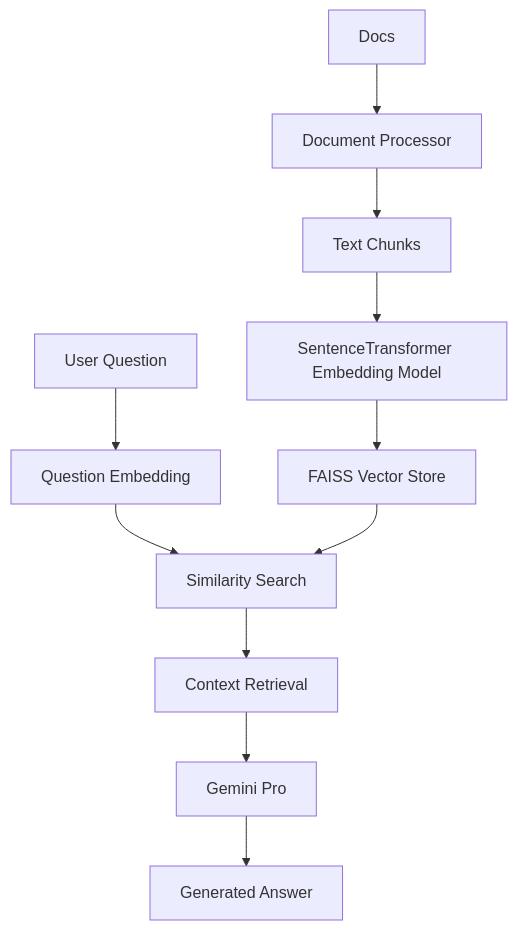
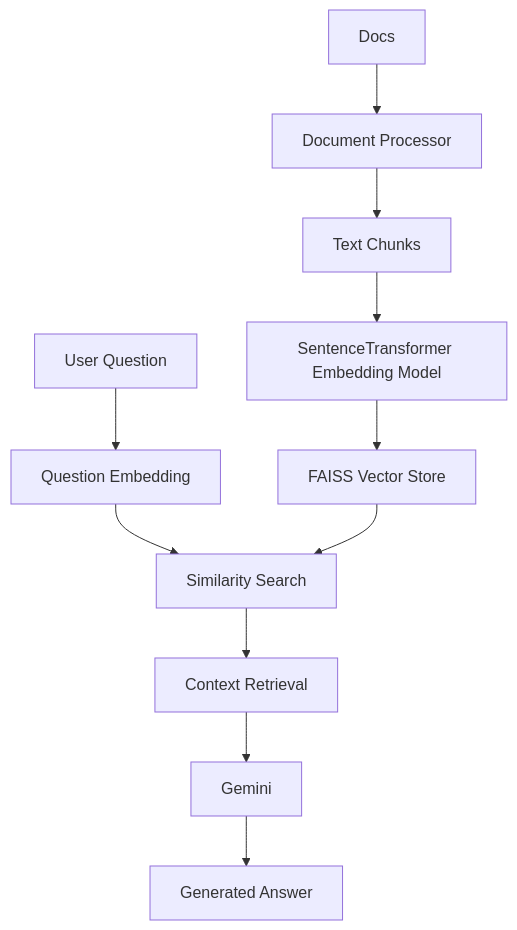
The first of 2 diagrams in README.md (Raviikumar001/rag-python-gita), drawn with Mermaid before and after one commit. The commit also changed other lines of this file and 2 other files, not shown here.

````diff
--- a/README.md
+++ b/README.md
@@ -7,15 +7,15 @@
 ```mermaid
 graph TD
     A[Docs] --> B[Document Processor]
     B --> C[Text Chunks]
     C --> D[SentenceTransformer Embedding Model]
     D --> E[FAISS Vector Store]
 
     F[User Question] --> G[Question Embedding]
     G --> H[Similarity Search]
     E --> H
     H --> I[Context Retrieval]
-    I --> J[Gemini Pro]
+    I --> J[Gemini]
     J --> K[Generated Answer]
 
 ```
````
